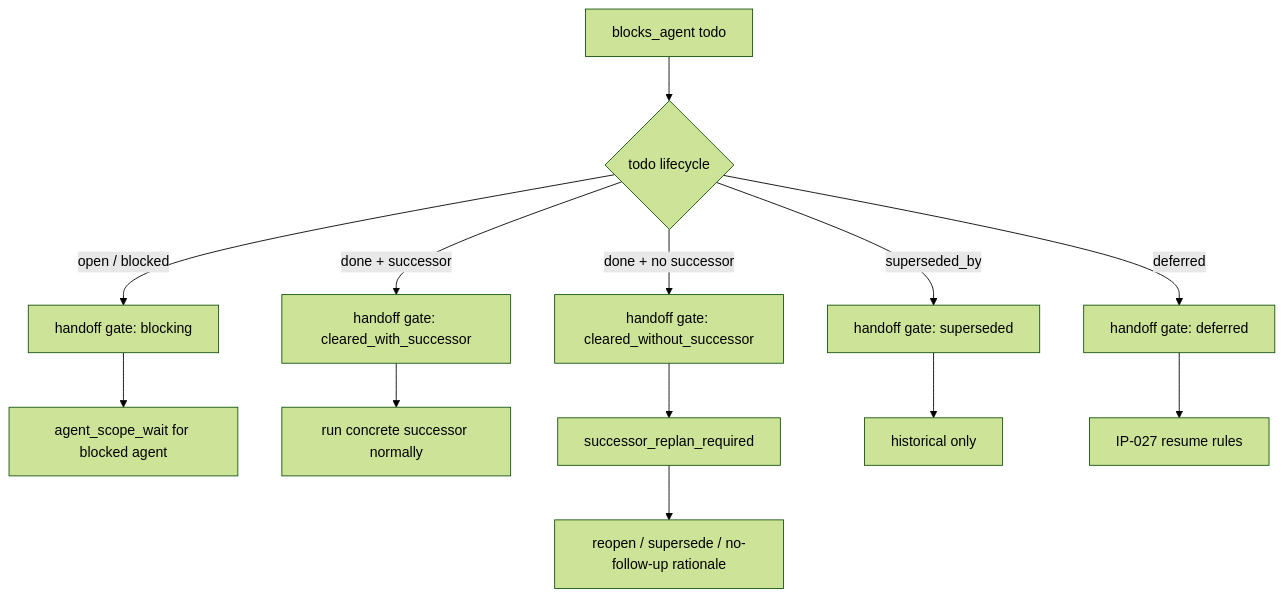
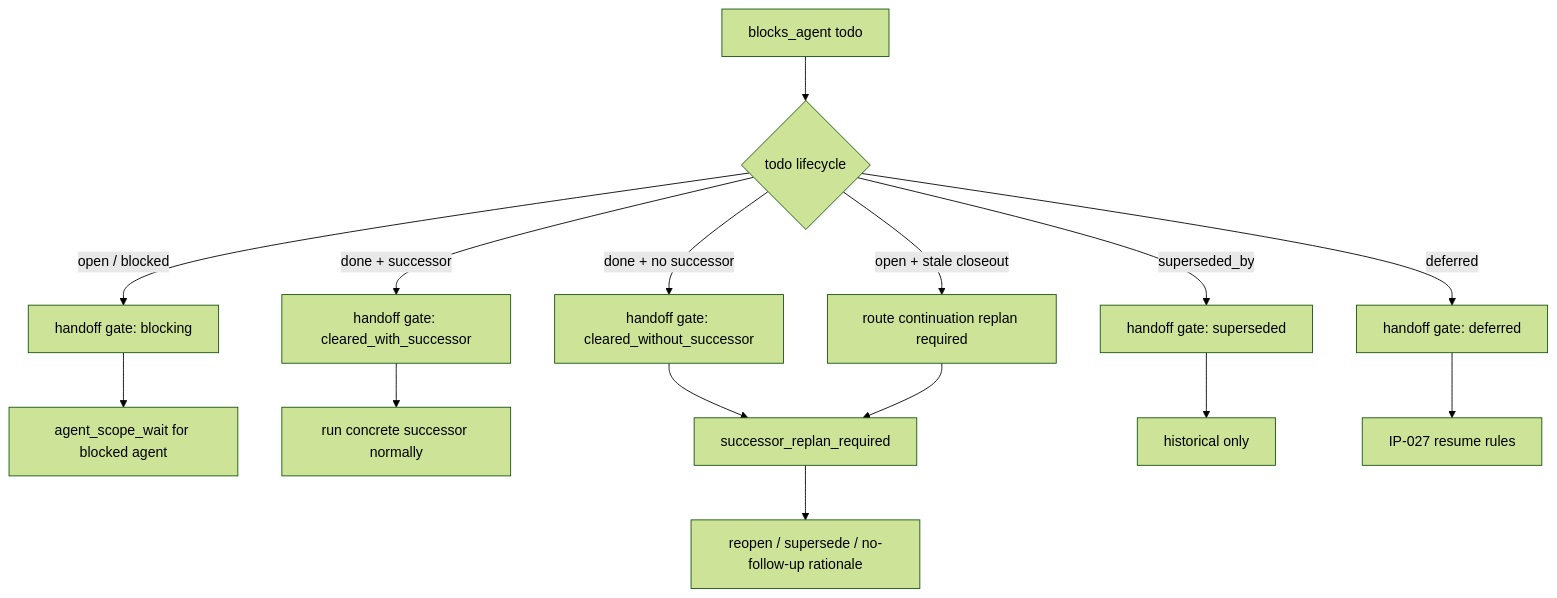
Diagram 12 of 31 in docs/interaction-pattern-catalog.md (huangruiteng/goal-harness), drawn with Mermaid (forest theme) before and after one commit. The commit also changed other lines of this file and 2 other files, not shown here.

Commit message:
Fix stale handoff closeout replan routing (#1518)

````diff
--- a/docs/interaction-pattern-catalog.md
+++ b/docs/interaction-pattern-catalog.md
@@ -993,15 +993,17 @@
 ```mermaid
 flowchart TD
   T["blocks_agent todo"] --> S{"todo lifecycle"}
   S -->|"open / blocked"| B["handoff gate: blocking"]
   B --> W["agent_scope_wait for blocked agent"]
   S -->|"done + successor"| C["handoff gate: cleared_with_successor"]
   C --> N["run concrete successor normally"]
   S -->|"done + no successor"| R["handoff gate: cleared_without_successor"]
   R --> L["successor_replan_required"]
   L --> F["reopen / supersede / no-follow-up rationale"]
+  S -->|"open + stale closeout"| X["route continuation replan required"]
+  X --> L
   S -->|"superseded_by"| H["handoff gate: superseded"]
   H --> I["historical only"]
   S -->|"deferred"| D["handoff gate: deferred"]
   D --> P["IP-027 resume rules"]
 ```
````
